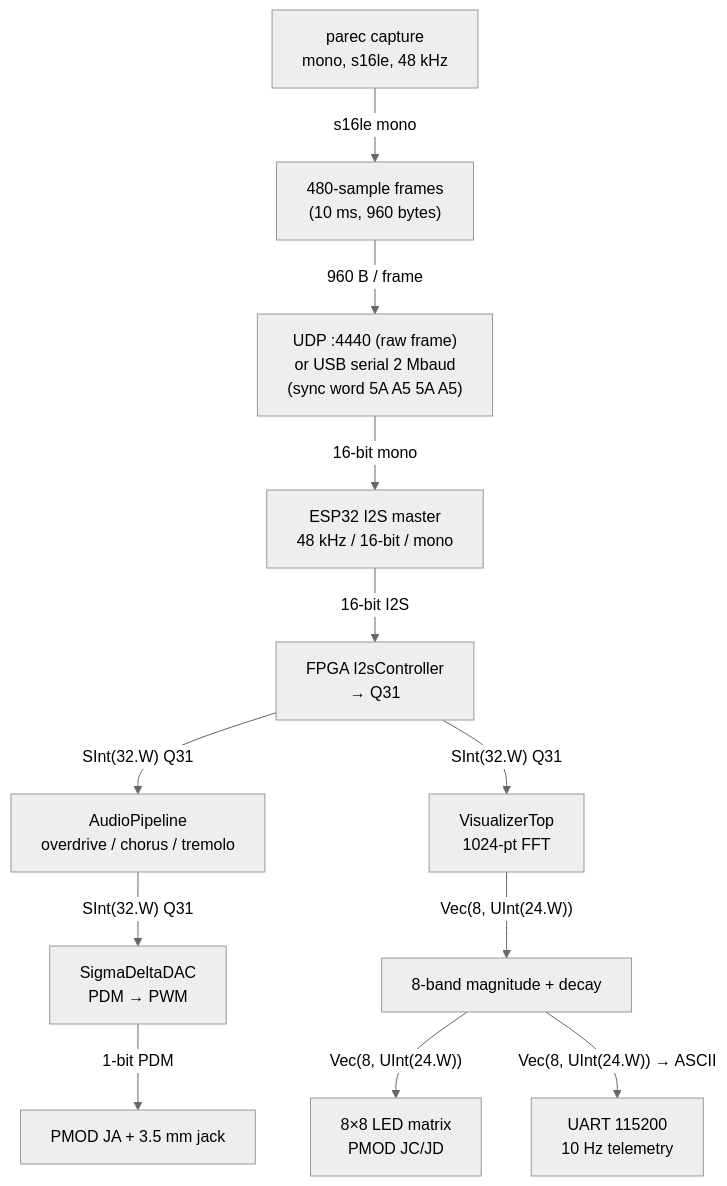
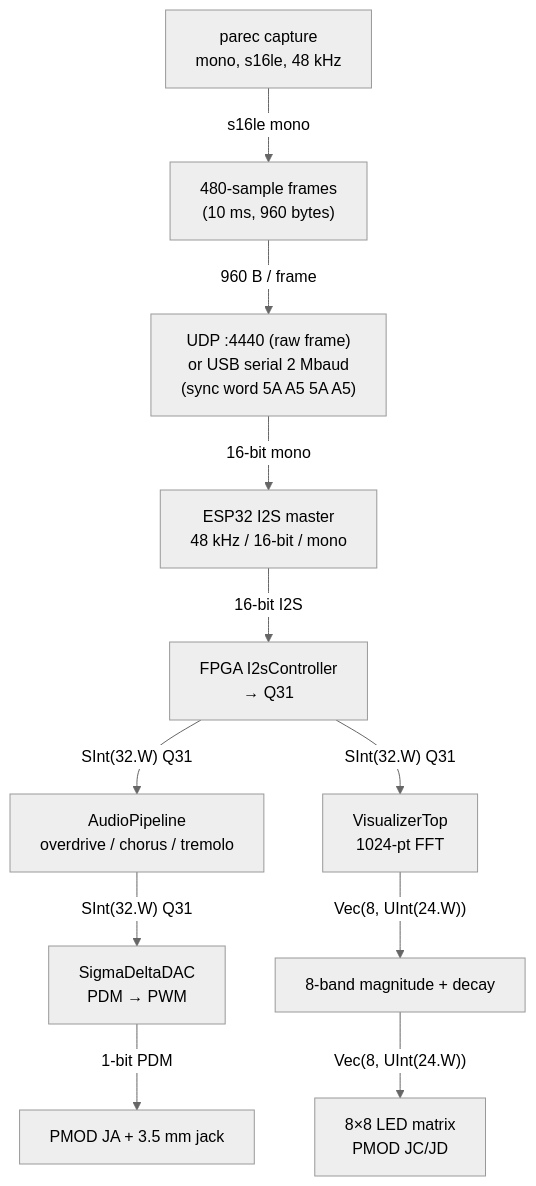
The diagram in diagrams/data-flow.md (mairup/fpga-accelerated-audio-player), drawn with Mermaid (neutral theme) before and after one commit. The commit also changed 6 other files, not shown here.

First line of the commit message:
diagrams: minimal audio-data flow only

````diff
--- a/diagrams/data-flow.md
+++ b/diagrams/data-flow.md
@@ -5,14 +5,13 @@
 ```mermaid
 flowchart TD
   A["parec capture<br/>mono, s16le, 48 kHz"] -- "s16le mono" --> B["480-sample frames<br/>(10 ms, 960 bytes)"]
   B -- "960 B / frame" --> C["UDP :4440 (raw frame)<br/>or USB serial 2 Mbaud<br/>(sync word 5A A5 5A A5)"]
   C -- "16-bit mono" --> D["ESP32 I2S master<br/>48 kHz / 16-bit / mono"]
   D -- "16-bit I2S" --> E["FPGA I2sController<br/>→ Q31"]
   E -- "SInt(32.W) Q31" --> F["AudioPipeline<br/>overdrive / chorus / tremolo"]
   E -- "SInt(32.W) Q31" --> G["VisualizerTop<br/>1024-pt FFT"]
   F -- "SInt(32.W) Q31" --> H["SigmaDeltaDAC<br/>PDM → PWM"]
   G -- "Vec(8, UInt(24.W))" --> I["8-band magnitude + decay"]
   H -- "1-bit PDM" --> J["PMOD JA + 3.5 mm jack"]
   I -- "Vec(8, UInt(24.W))" --> K["8×8 LED matrix<br/>PMOD JC/JD"]
-  I -- "Vec(8, UInt(24.W)) → ASCII" --> L["UART 115200<br/>10 Hz telemetry"]
 ```
````
